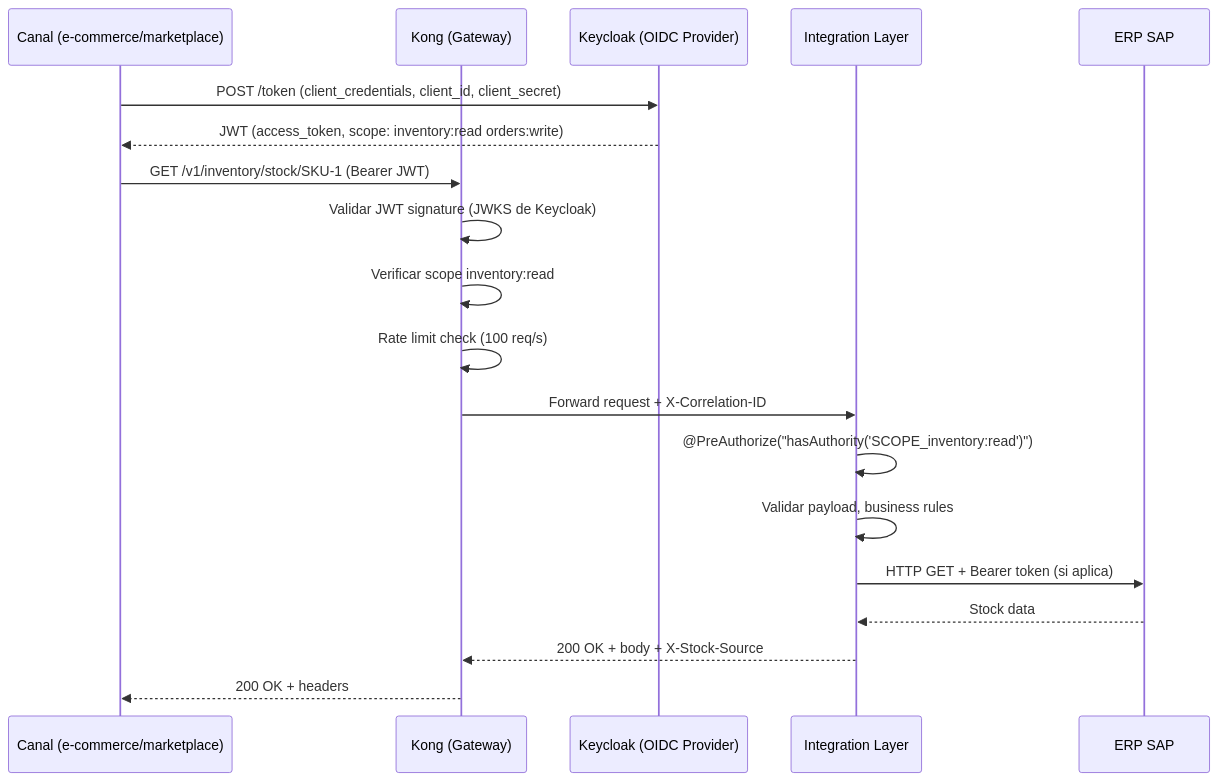
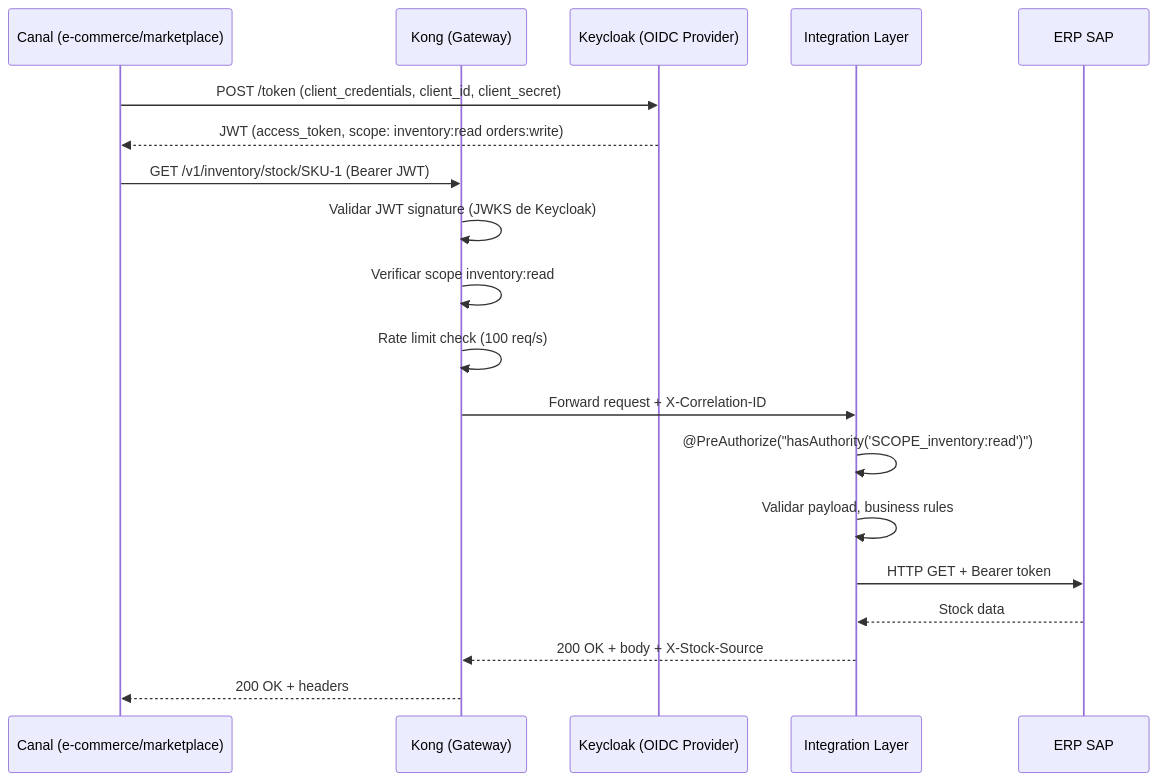
Before and after one commit to shadoweagle1228/prueba-vortex: the fourth of 5 diagrams in ARCHITECTURE.md, drawn with Mermaid. The commit also changed other lines of this file, not shown here.

Commit message:
fix: Convert context diagram to flowchart syntax to fix Mermaid render error

````diff
--- a/ARCHITECTURE.md
+++ b/ARCHITECTURE.md
@@ -414,22 +387,22 @@
 ```mermaid
 sequenceDiagram
     participant C as Canal (e-commerce/marketplace)
     participant GW as Kong (Gateway)
     participant KC as Keycloak (OIDC Provider)
     participant APP as Integration Layer
     participant ERP as ERP SAP
 
     C->>KC: POST /token (client_credentials, client_id, client_secret)
     KC-->>C: JWT (access_token, scope: inventory:read orders:write)
     C->>GW: GET /v1/inventory/stock/SKU-1 (Bearer JWT)
     GW->>GW: Validar JWT signature (JWKS de Keycloak)
     GW->>GW: Verificar scope inventory:read
     GW->>GW: Rate limit check (100 req/s)
     GW->>APP: Forward request + X-Correlation-ID
     APP->>APP: @PreAuthorize("hasAuthority('SCOPE_inventory:read')")
     APP->>APP: Validar payload, business rules
-    APP->>ERP: HTTP GET + Bearer token (si aplica)
+    APP->>ERP: HTTP GET + Bearer token
     ERP-->>APP: Stock data
     APP-->>GW: 200 OK + body + X-Stock-Source
     GW-->>C: 200 OK + headers
 ```
````
